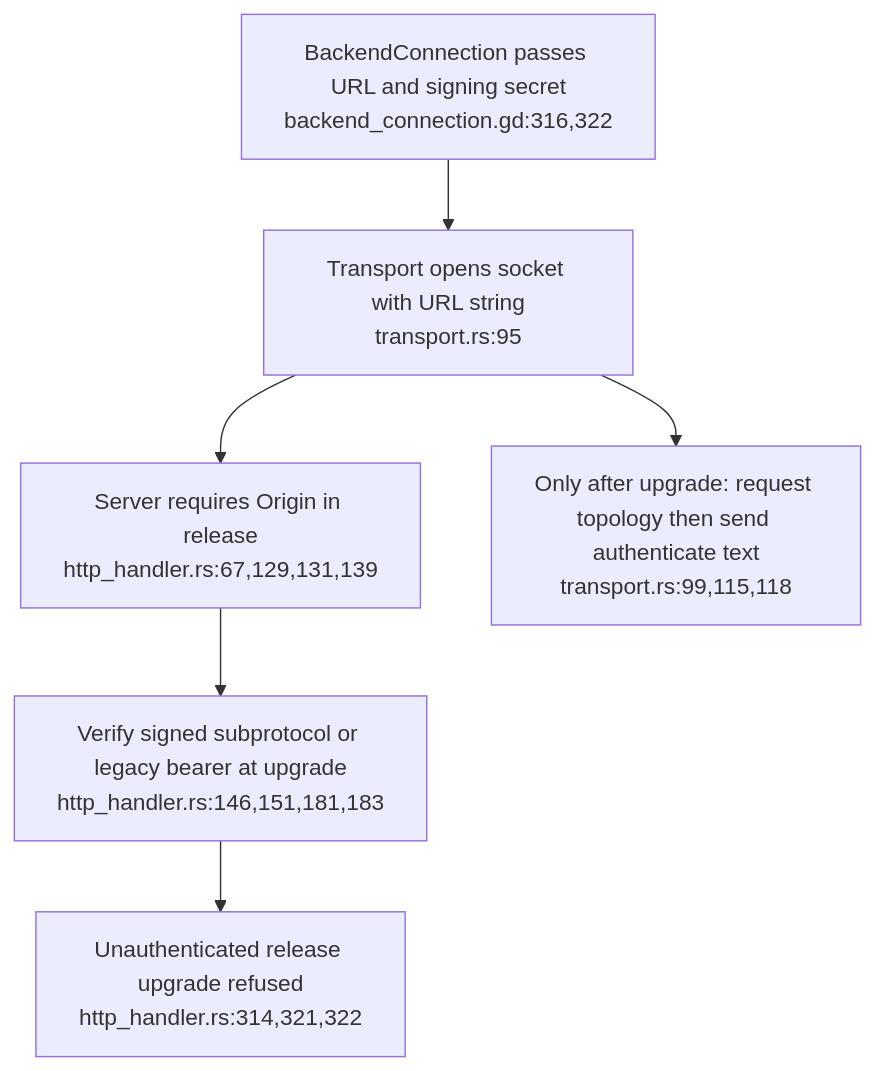
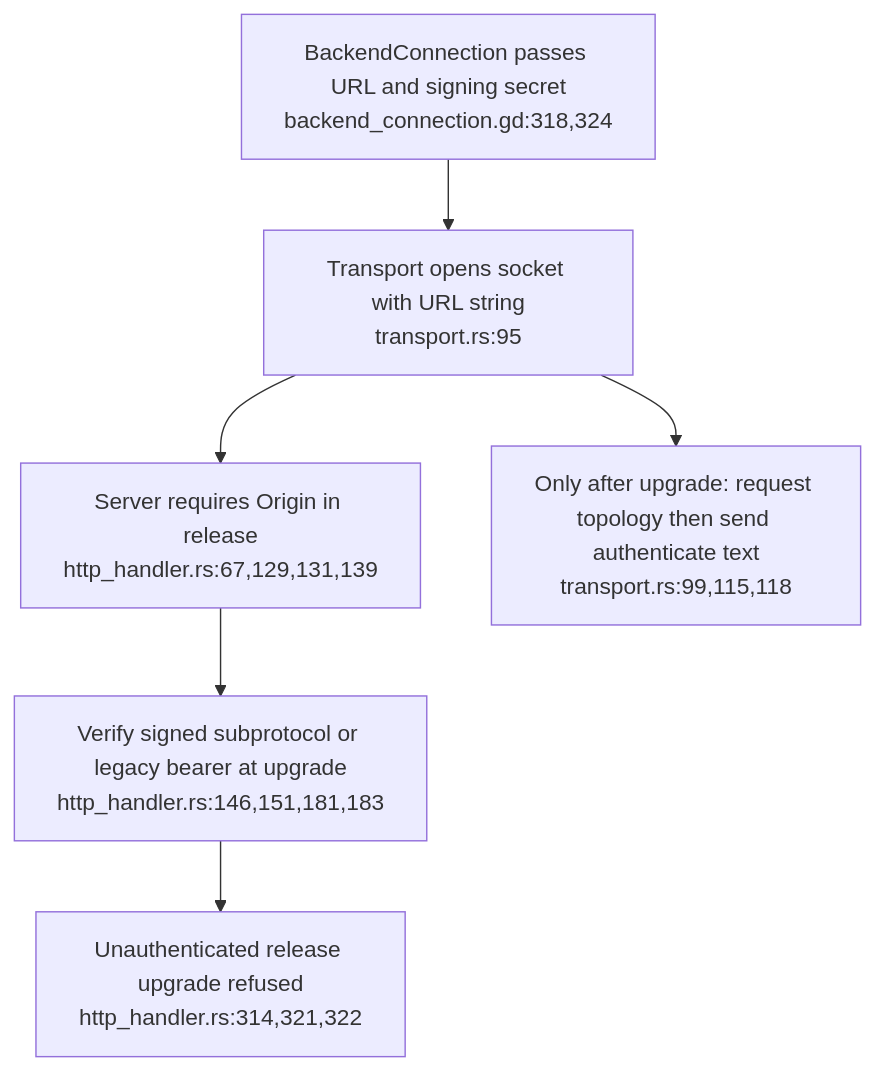
The first of 3 diagrams in docs/diagrams/visionclaw/48-dataspace-federation-prerequisites.md (DreamLab-AI/VisionFlow), drawn with Mermaid before and after one commit. The commit also changed other lines of this file and 173 other files, not shown here.

````diff
--- a/docs/diagrams/visionclaw/48-dataspace-federation-prerequisites.md
+++ b/docs/diagrams/visionclaw/48-dataspace-federation-prerequisites.md
@@ -31,8 +31,8 @@
 ```mermaid
 flowchart TD
-    DIAL["BackendConnection passes URL and signing secret<br/>backend_connection.gd:316,322"] --> URL["Transport opens socket with URL string<br/>transport.rs:95"]
+    DIAL["BackendConnection passes URL and signing secret<br/>backend_connection.gd:318,324"] --> URL["Transport opens socket with URL string<br/>transport.rs:95"]
     URL --> ORIGIN["Server requires Origin in release<br/>http_handler.rs:67,129,131,139"]
     ORIGIN --> AUTH["Verify signed subprotocol or legacy bearer at upgrade<br/>http_handler.rs:146,151,181,183"]
     AUTH --> DENY["Unauthenticated release upgrade refused<br/>http_handler.rs:314,321,322"]
     URL --> AFTER["Only after upgrade: request topology then send authenticate text<br/>transport.rs:99,115,118"]
 ```
````
